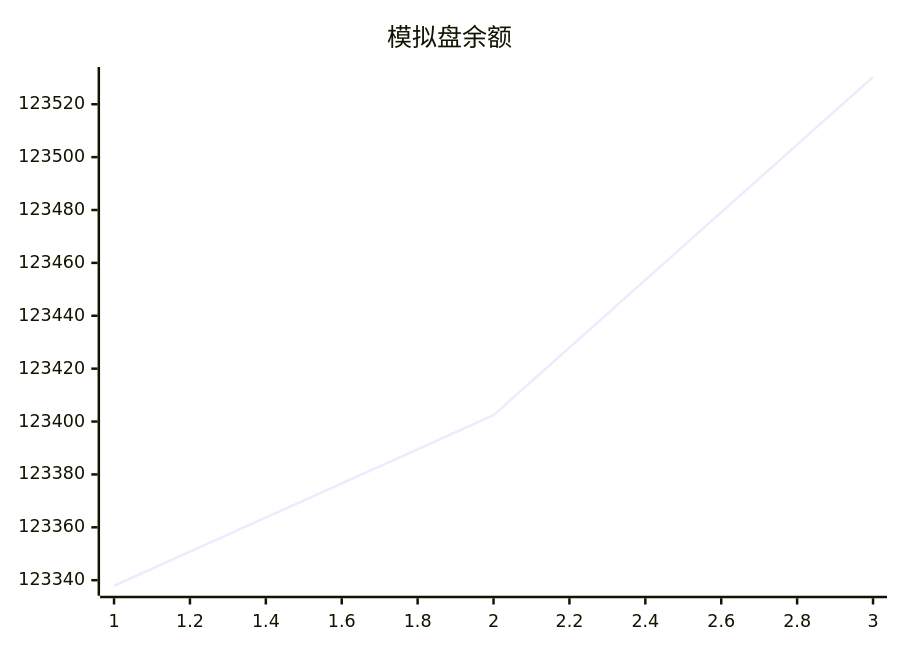
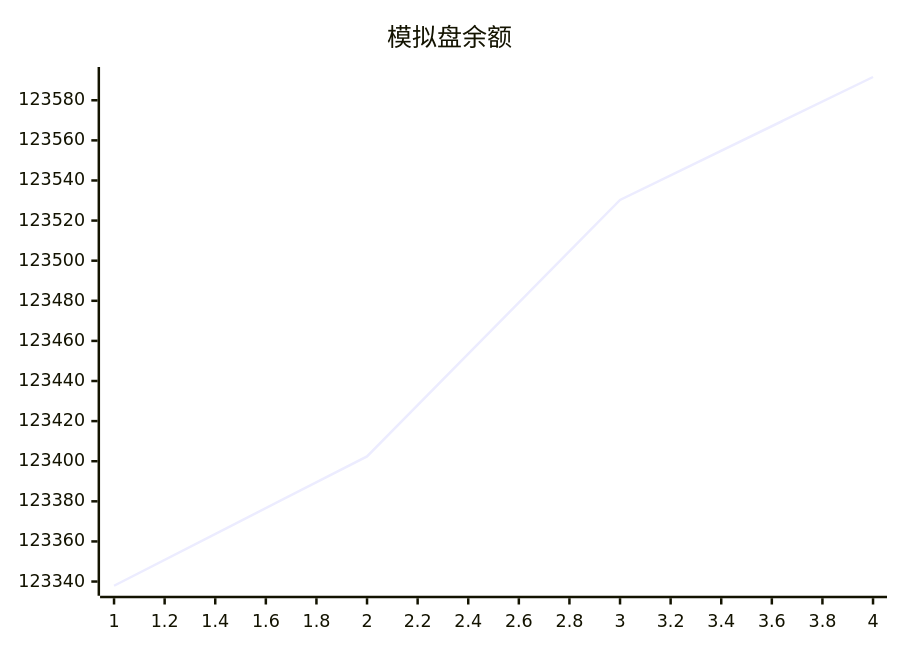
Before and after one commit to aahl/mcp-aktools: the diagram in trading/README.md, drawn with Mermaid. The commit also changed 1 other file, not shown here.

Commit message:
📈 AkTools MCP Server

````diff
--- a/trading/README.md
+++ b/trading/README.md
@@ -3,5 +3,5 @@
 ```mermaid
 xychart
     title "模拟盘余额"
-    line [123337.9,123402.4,123530.3]
+    line [123337.9,123402.4,123530.3,123591.6]
 ```
````
